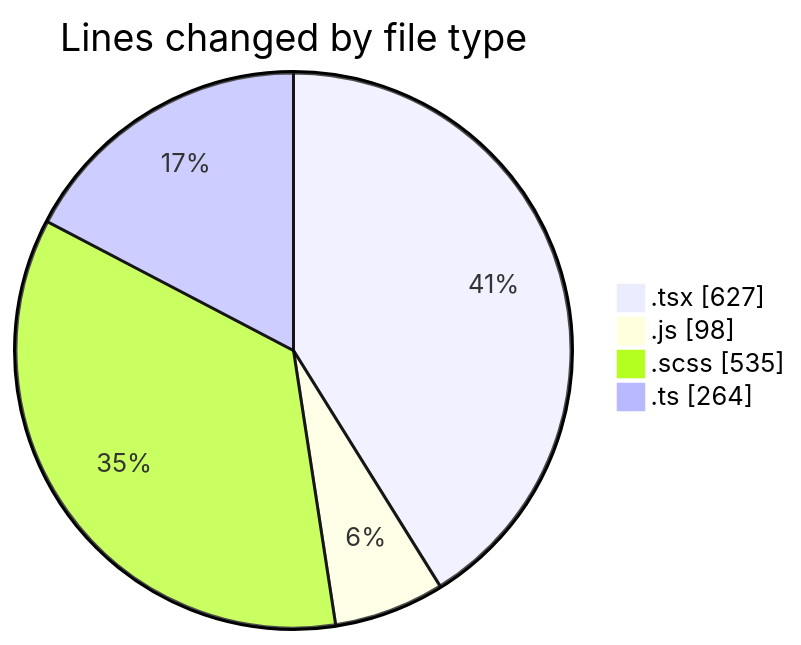
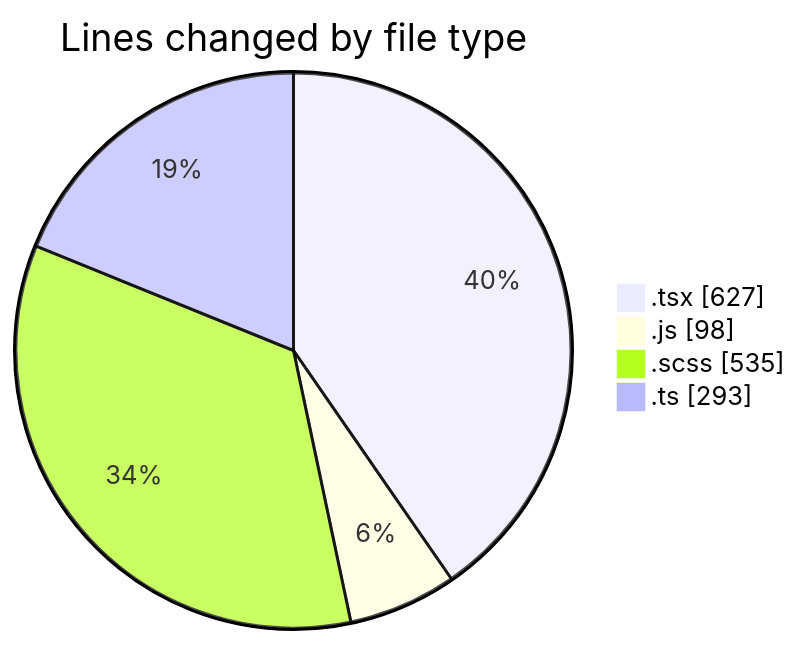
Before and after one commit to momahboobian/code-tracking: the first of 2 diagrams in 2025-03-31/cda/README.md, drawn with Mermaid. The commit also changed other lines of this file and 1 other file, not shown here.

````diff
--- a/2025-03-31/cda/README.md
+++ b/2025-03-31/cda/README.md
@@ -29,8 +29,8 @@
 ```mermaid
 pie showData
 title Lines changed by file type
 ".tsx" : 627
 ".js" : 98
 ".scss" : 535
-".ts" : 264
+".ts" : 293
 ```
````
